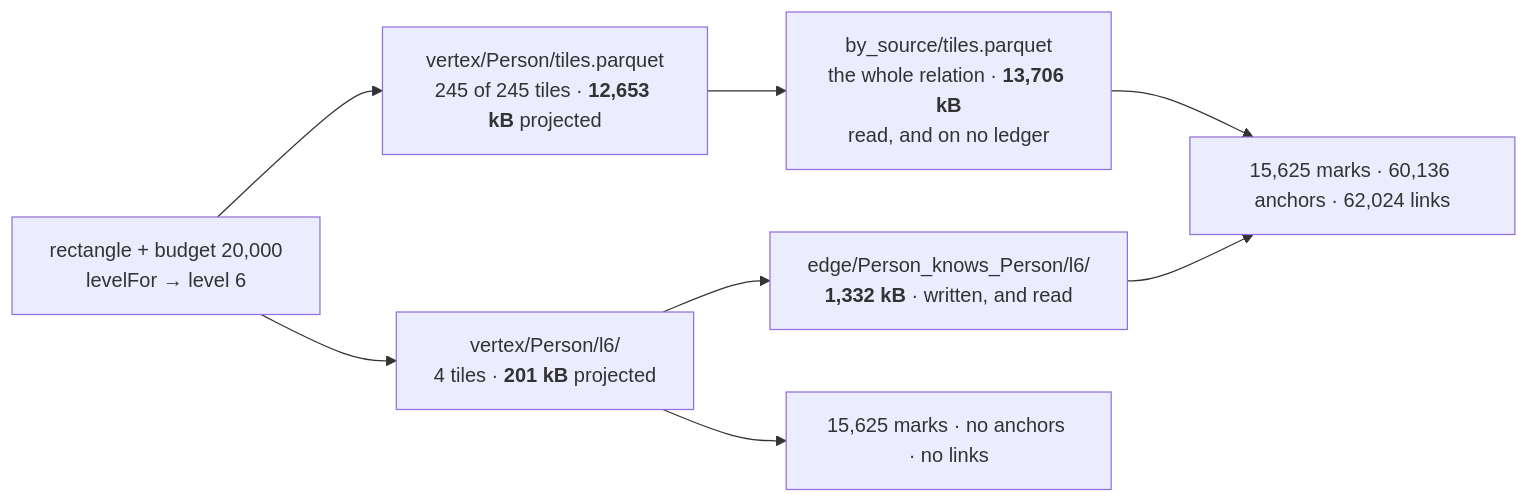
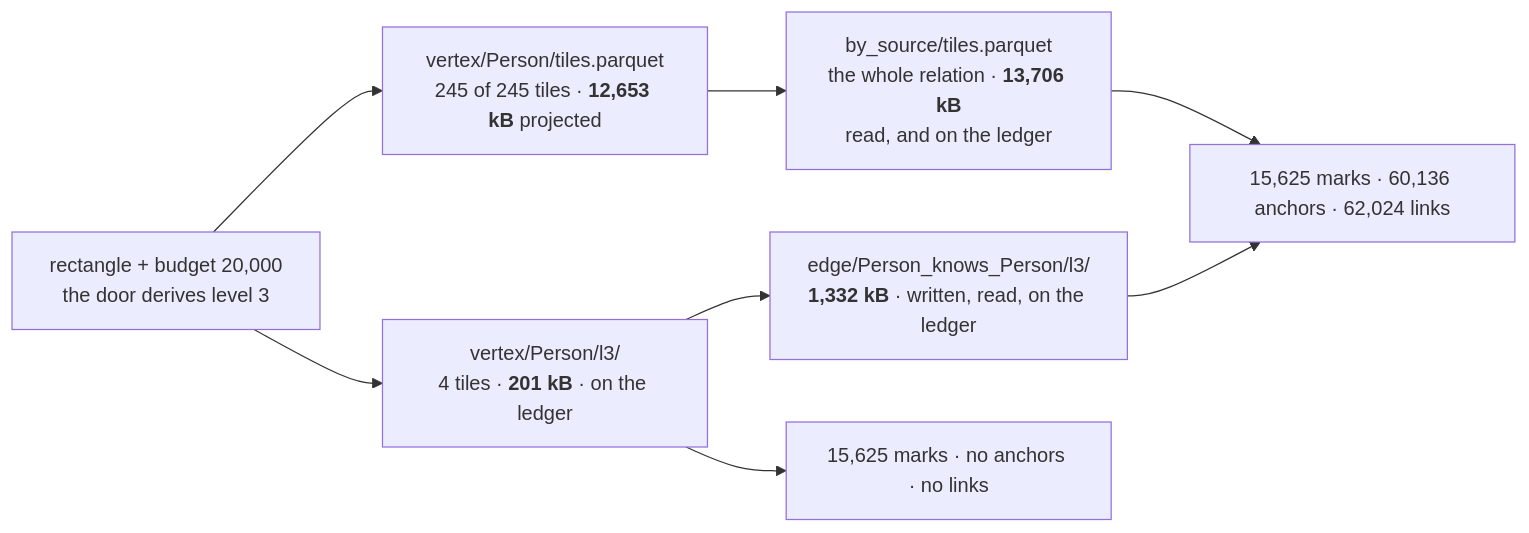
The diagram in apps/docs/content/docs/design/reference-viewer.mdx (Kanzo-Tech/fossil-lang), drawn with Mermaid before and after one commit. The commit also changed other lines of this file and 1 other file, not shown here.

````diff
--- a/apps/docs/content/docs/design/reference-viewer.mdx
+++ b/apps/docs/content/docs/design/reference-viewer.mdx
@@ -162,11 +168,11 @@
 ```mermaid
 graph LR
-  R["rectangle + budget 20,000<br/>levelFor → level 6"]
+  R["rectangle + budget 20,000<br/>the door derives level 3"]
   R --> V["vertex/Person/tiles.parquet<br/>245 of 245 tiles · <b>12,653 kB</b> projected"]
-  R --> L["vertex/Person/l6/<br/>4 tiles · <b>201 kB</b> projected"]
-  V --> A["by_source/tiles.parquet<br/>the whole relation · <b>13,706 kB</b><br/>read, and on no ledger"]
-  L --> E["edge/Person_knows_Person/l6/<br/><b>1,332 kB</b> · written, and read"]
+  R --> L["vertex/Person/l3/<br/>4 tiles · <b>201 kB</b> · on the ledger"]
+  V --> A["by_source/tiles.parquet<br/>the whole relation · <b>13,706 kB</b><br/>read, and on the ledger"]
+  L --> E["edge/Person_knows_Person/l3/<br/><b>1,332 kB</b> · written, read, on the ledger"]
   A --> P["15,625 marks · 60,136 anchors · 62,024 links"]
   E --> P
   L --> Q["15,625 marks · no anchors · no links"]
 ```
````
